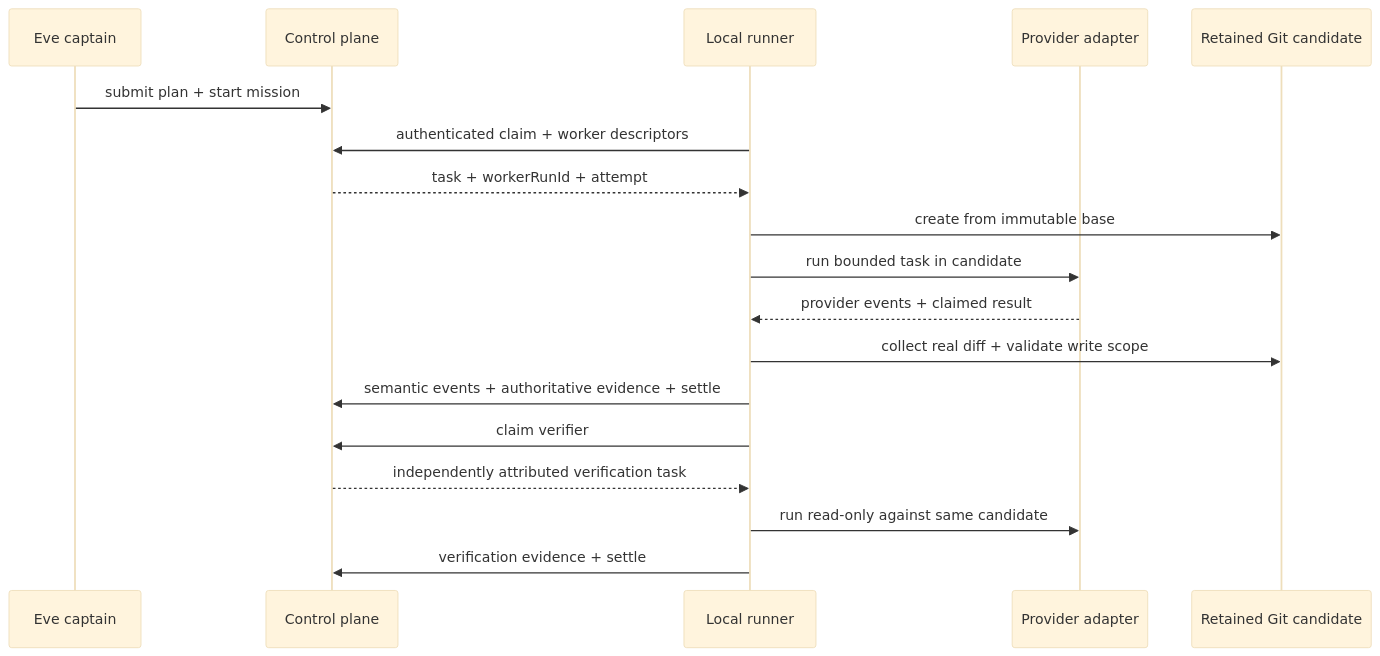
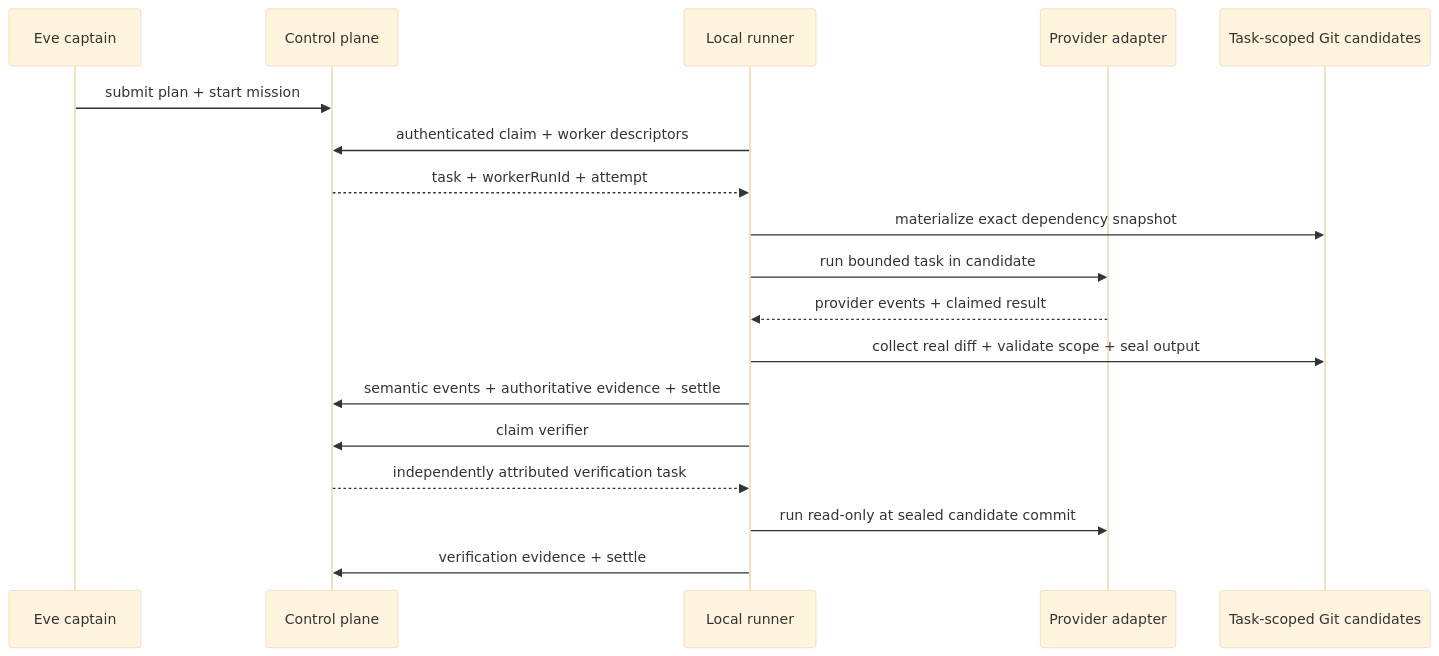
Before and after one commit to Volpestyle/clankie: the diagram in docs/adr/0019-runner-pull-worker-execution.md, drawn with Mermaid (base theme). The commit also changed other lines of this file and 165 other files, not shown here.

````diff
--- a/docs/adr/0019-runner-pull-worker-execution.md
+++ b/docs/adr/0019-runner-pull-worker-execution.md
@@ -11,21 +19,21 @@
 ```mermaid
 sequenceDiagram
     participant E as Eve captain
     participant C as Control plane
     participant R as Local runner
     participant P as Provider adapter
-    participant G as Retained Git candidate
+    participant G as Task-scoped Git candidates
 
     E->>C: submit plan + start mission
     R->>C: authenticated claim + worker descriptors
     C-->>R: task + workerRunId + attempt
-    R->>G: create from immutable base
+    R->>G: materialize exact dependency snapshot
     R->>P: run bounded task in candidate
     P-->>R: provider events + claimed result
-    R->>G: collect real diff + validate write scope
+    R->>G: collect real diff + validate scope + seal output
     R->>C: semantic events + authoritative evidence + settle
     R->>C: claim verifier
     C-->>R: independently attributed verification task
-    R->>P: run read-only against same candidate
+    R->>P: run read-only at sealed candidate commit
     R->>C: verification evidence + settle
 ```
````
